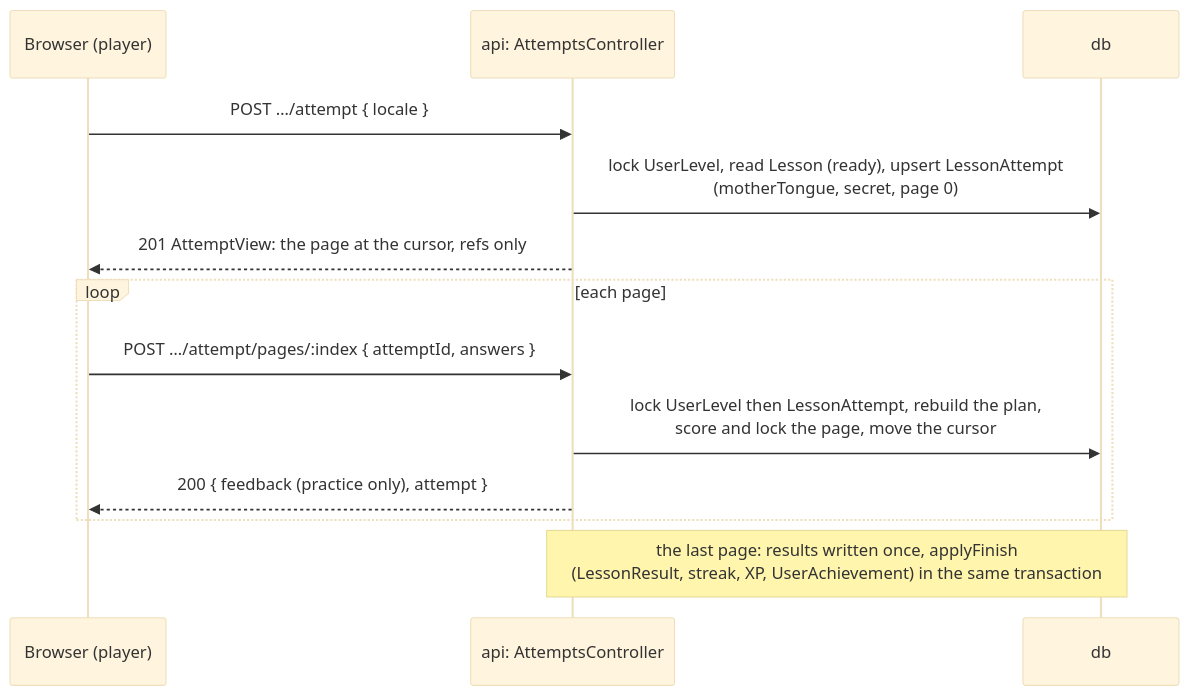
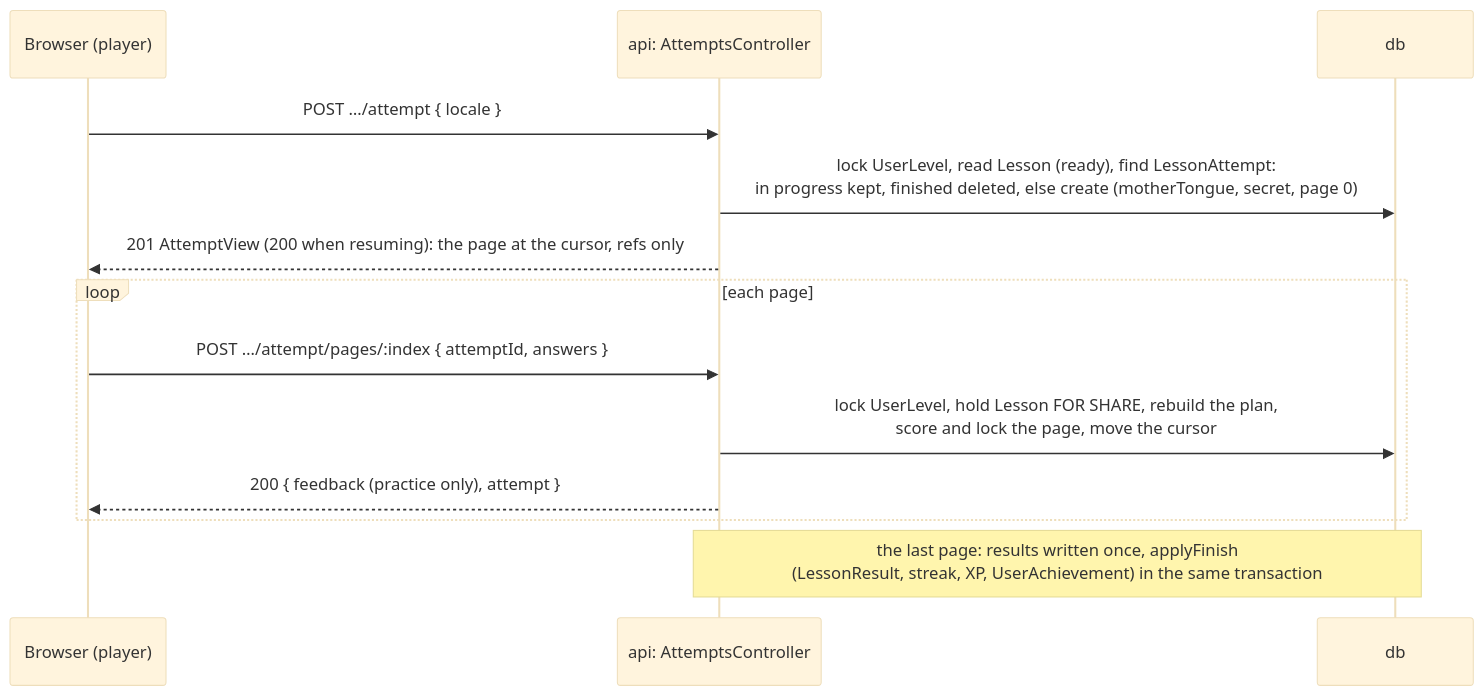
Before and after one commit to VictorBro/ft_transcendence: the fourth of 9 diagrams in docs/ARCHITECTURE.md, drawn with Mermaid (base theme). The commit also changed other lines of this file and 7 other files, not shown here.

````diff
--- a/docs/ARCHITECTURE.md
+++ b/docs/ARCHITECTURE.md
@@ -374,16 +376,16 @@
 ```mermaid
 sequenceDiagram
     participant B as Browser (player)
     participant A as api: AttemptsController
     participant P as db
 
     B->>A: POST …/attempt { locale }
-    A->>P: lock UserLevel, read Lesson (ready), upsert LessonAttempt<br/>(motherTongue, secret, page 0)
-    A-->>B: 201 AttemptView: the page at the cursor, refs only
+    A->>P: lock UserLevel, read Lesson (ready), find LessonAttempt:<br/>in progress kept, finished deleted, else create (motherTongue, secret, page 0)
+    A-->>B: 201 AttemptView (200 when resuming): the page at the cursor, refs only
     loop each page
         B->>A: POST …/attempt/pages/:index { attemptId, answers }
-        A->>P: lock UserLevel then LessonAttempt, rebuild the plan,<br/>score and lock the page, move the cursor
+        A->>P: lock UserLevel, hold Lesson FOR SHARE, rebuild the plan,<br/>score and lock the page, move the cursor
         A-->>B: 200 { feedback (practice only), attempt }
     end
     Note over A,P: the last page: results written once, applyFinish<br/>(LessonResult, streak, XP, UserAchievement) in the same transaction
 ```
````
